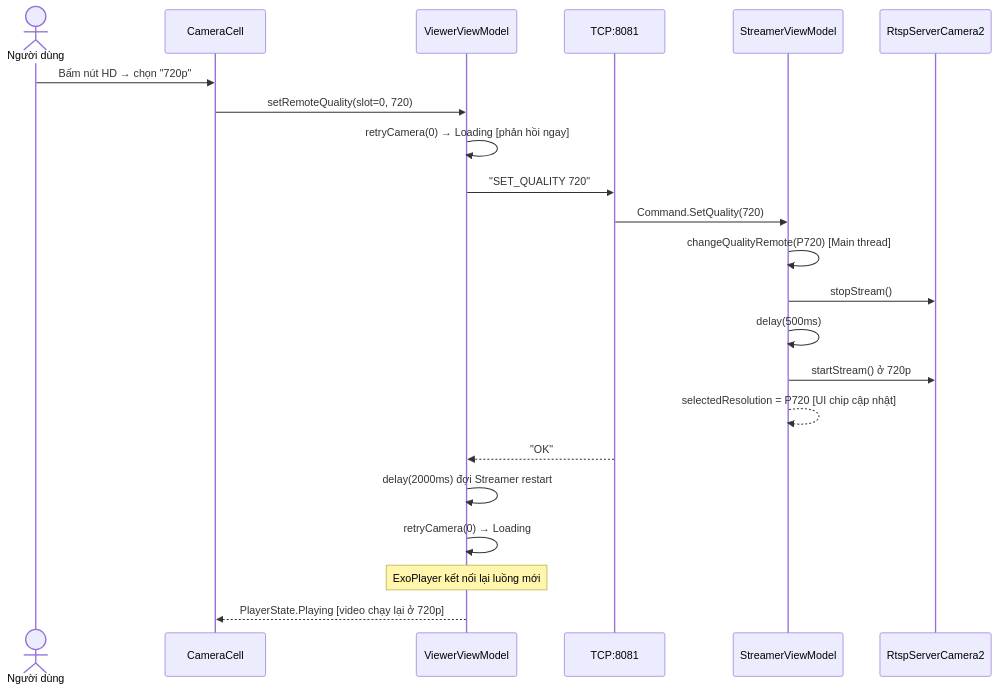
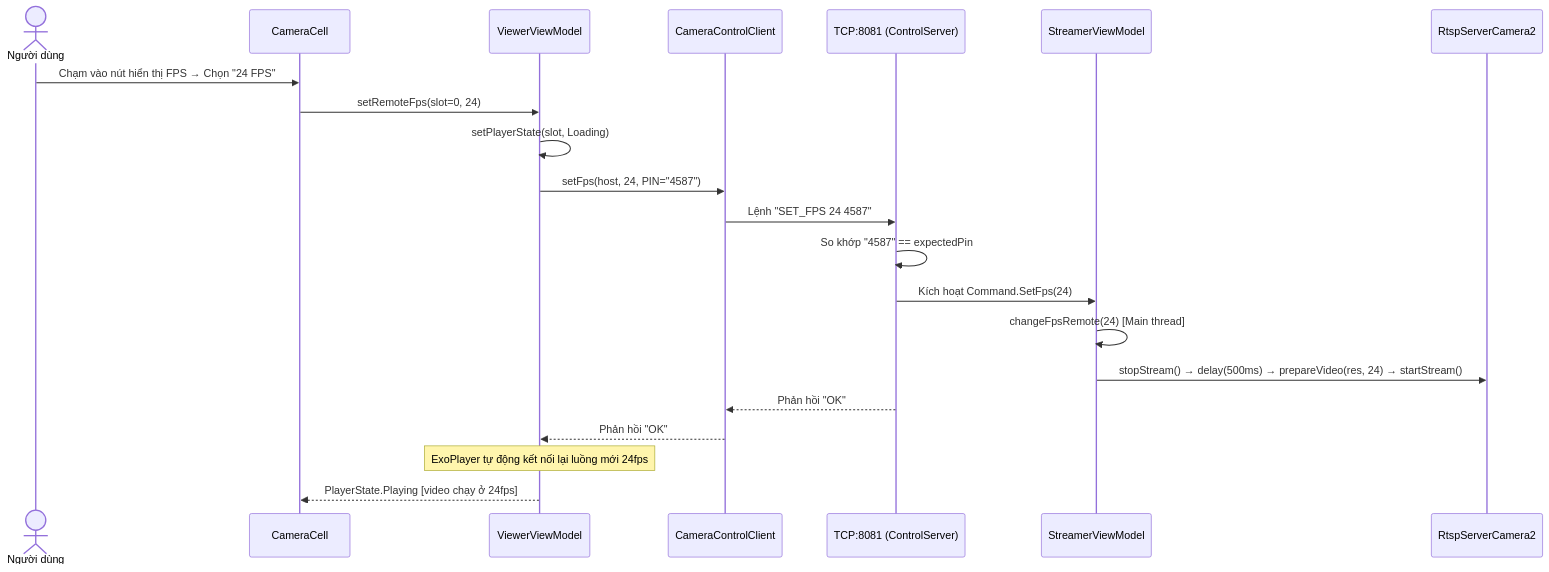
Before and after one commit to nvdung1607/PhoneCamera: the fifth of 5 diagrams in README.md, drawn with Mermaid. The commit also changed other lines of this file and 16 other files, not shown here.

Commit message:
Refactor security PIN, remote FPS and resolution switches, and UI overlaps

````diff
--- a/README.md
+++ b/README.md
@@ -173,27 +234,26 @@
 ```mermaid
 sequenceDiagram
     actor U as Người dùng
     participant CC as CameraCell
     participant VVM as ViewerViewModel
-    participant TCP as TCP:8081
+    participant CCC as CameraControlClient
+    participant TCP as TCP:8081 (ControlServer)
     participant SVM as StreamerViewModel
     participant CAM as RtspServerCamera2
 
-    U->>CC: Bấm nút HD → chọn "720p"
-    CC->>VVM: setRemoteQuality(slot=0, 720)
-    VVM->>VVM: retryCamera(0) → Loading [phản hồi ngay]
+    U->>CC: Chạm vào nút hiển thị FPS → Chọn "24 FPS"
+    CC->>VVM: setRemoteFps(slot=0, 24)
+    VVM->>VVM: setPlayerState(slot, Loading)
 
-    VVM->>TCP: "SET_QUALITY 720"
-    TCP->>SVM: Command.SetQuality(720)
-    SVM->>SVM: changeQualityRemote(P720) [Main thread]
-    SVM->>CAM: stopStream()
-    SVM->>SVM: delay(500ms)
-    SVM->>CAM: startStream() ở 720p
-    SVM-->>SVM: selectedResolution = P720 [UI chip cập nhật]
-    TCP-->>VVM: "OK"
+    VVM->>CCC: setFps(host, 24, PIN="4587")
+    CCC->>TCP: Lệnh "SET_FPS 24 4587"
+    TCP->>TCP: So khớp "4587" == expectedPin
+    TCP->>SVM: Kích hoạt Command.SetFps(24)
+    SVM->>SVM: changeFpsRemote(24) [Main thread]
+    SVM->>CAM: stopStream() → delay(500ms) → prepareVideo(res, 24) → startStream()
+    TCP-->>CCC: Phản hồi "OK"
+    CCC-->>VVM: Phản hồi "OK"
 
-    VVM->>VVM: delay(2000ms) đợi Streamer restart
-    VVM->>VVM: retryCamera(0) → Loading
-    Note over VVM: ExoPlayer kết nối lại luồng mới
-    VVM-->>CC: PlayerState.Playing [video chạy lại ở 720p]
+    Note over VVM: ExoPlayer tự động kết nối lại luồng mới 24fps
+    VVM-->>CC: PlayerState.Playing [video chạy ở 24fps]
 ```
````
